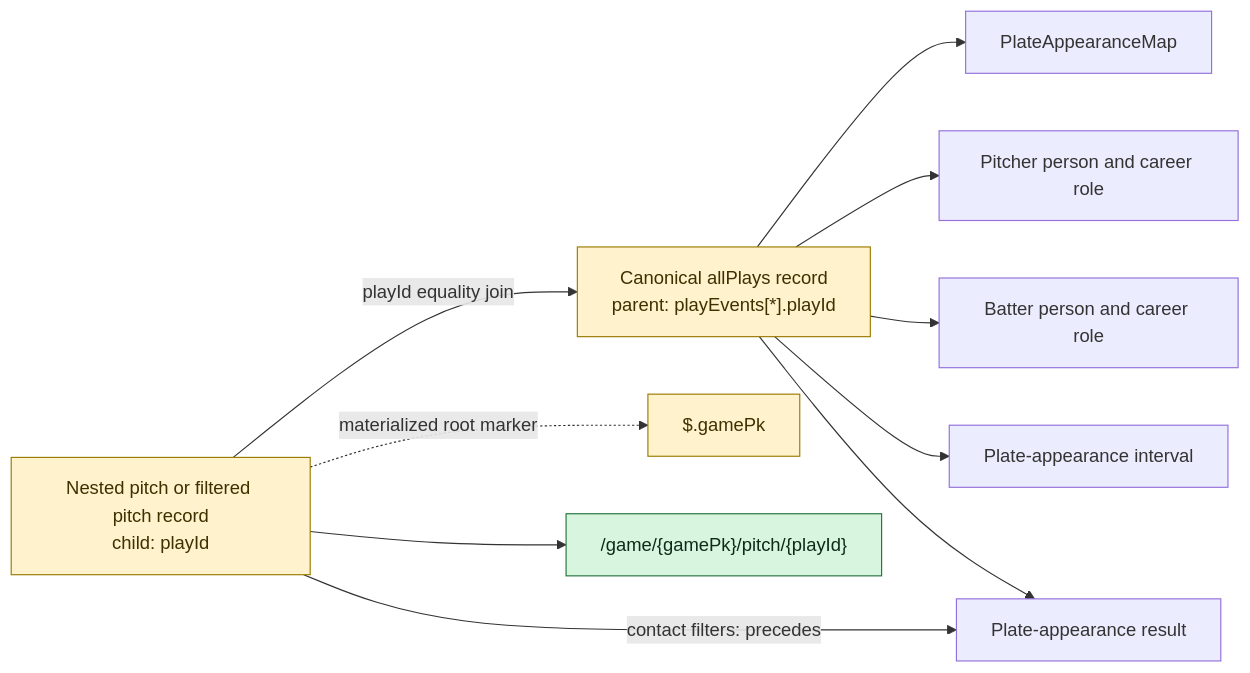
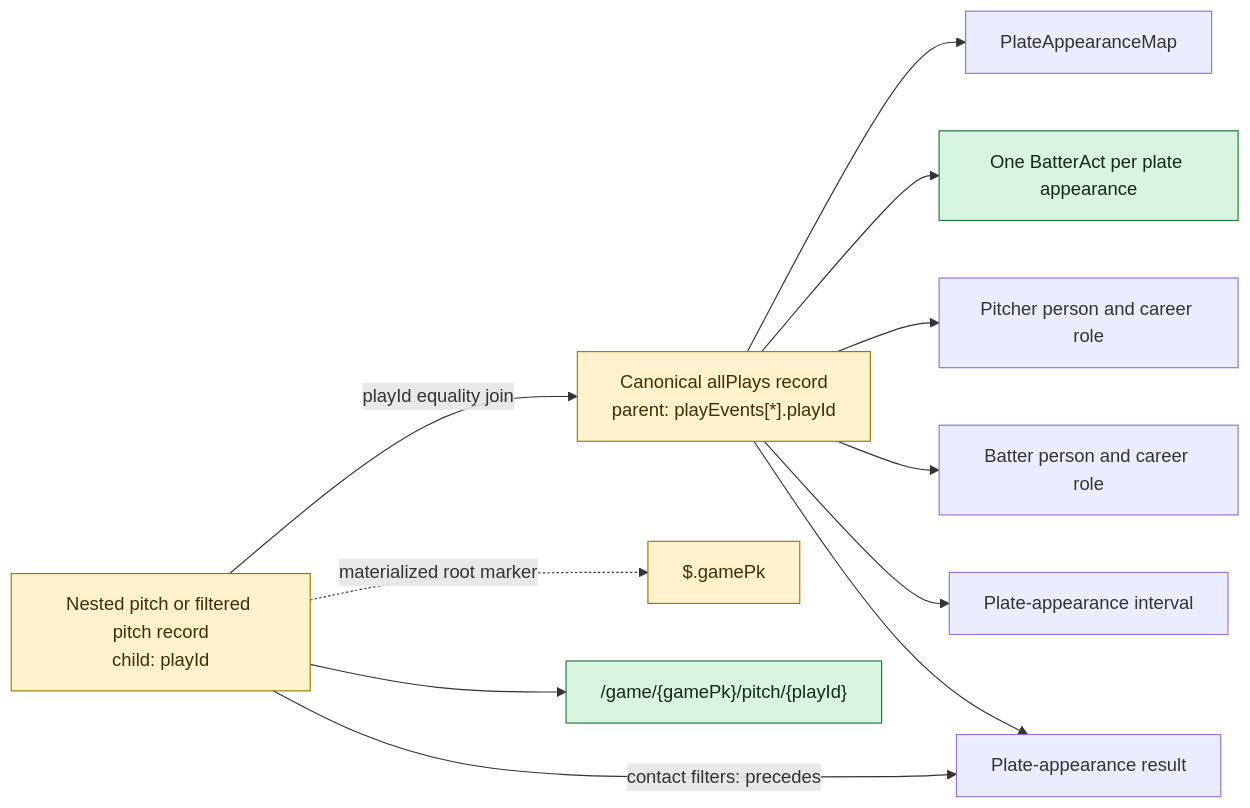
One commit to CarterBeauBenson/BaseballO changed the first of 2 diagrams in mermaid/04-joins-and-identities.md. Above: the diagram before and after it, drawn with Mermaid. The commit also changed 29 other files, not shown here.

````diff
--- a/mermaid/04-joins-and-identities.md
+++ b/mermaid/04-joins-and-identities.md
@@ -7,21 +7,22 @@
 ```mermaid
 flowchart LR
     PITCH["Nested pitch or filtered pitch record<br/>child: playId"]
     PLAY["Canonical allPlays record<br/>parent: playEvents[*].playId"]
 
     PITCH -->|"playId equality join"| PLAY
     PLAY --> PA["PlateAppearanceMap"]
+    PLAY --> BATTER_ACT["One BatterAct per plate appearance"]
     PLAY --> PITCHER["Pitcher person and career role"]
     PLAY --> BATTER["Batter person and career role"]
     PLAY --> PA_TIME["Plate-appearance interval"]
     PLAY --> RESULT["Plate-appearance result"]
 
     PITCH -.->|"materialized root marker"| GAMEPK["$.gamePk"]
     PITCH --> PITCH_IRI["/game/{gamePk}/pitch/{playId}"]
     PITCH -->|"contact filters: precedes"| RESULT
 
     classDef stable fill:#d7f5df,stroke:#24733b,color:#102a18;
     classDef test fill:#fff2cc,stroke:#997a00,color:#3d3100;
-    class PITCH_IRI stable;
+    class PITCH_IRI,BATTER_ACT stable;
     class PITCH,PLAY,GAMEPK test;
 ```
````
